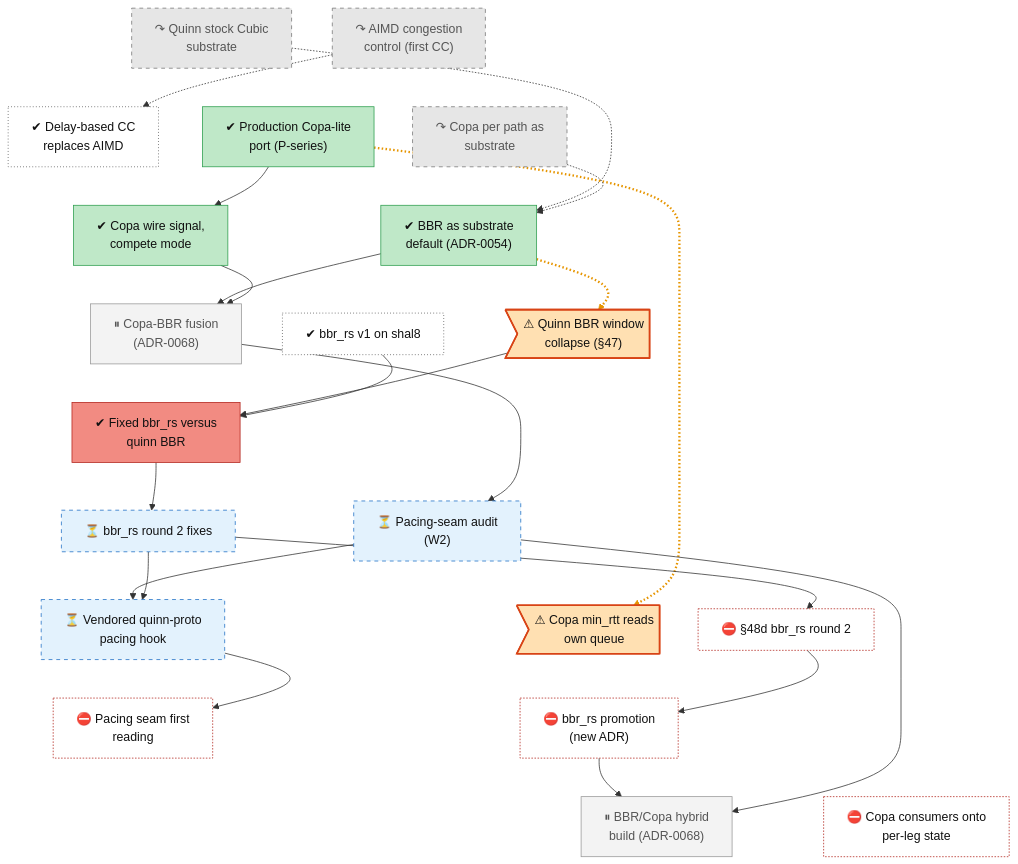
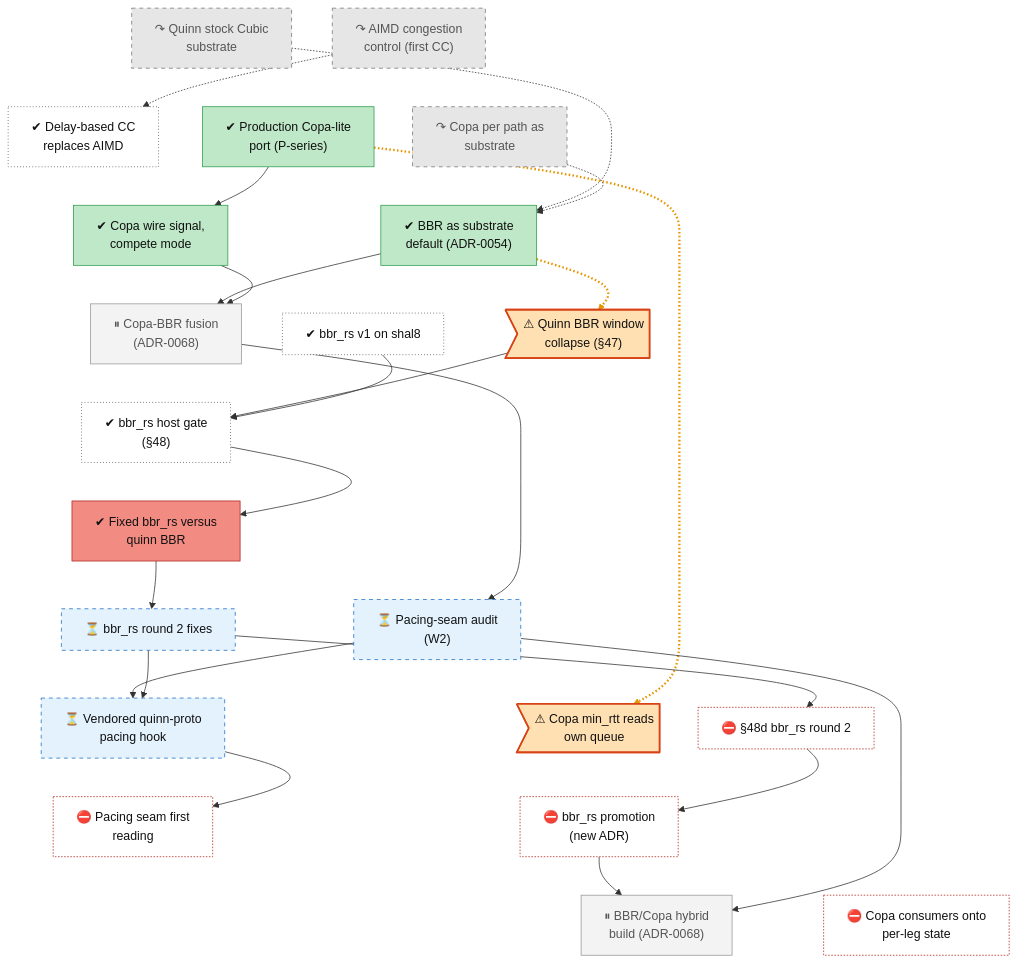
Before and after one commit to lhns/raptorpath: the diagram in docs/roadmap/tracks/cc.md, drawn with Mermaid. The commit also changed other lines of this file and 14 other files, not shown here.

First line of the commit message:
roadmap: §58-§60 up to date; family nodes split per experiment

```diff
--- a/docs/roadmap/tracks/cc.md
+++ b/docs/roadmap/tracks/cc.md
@@ -19,6 +19,7 @@
     cc_adr68_fusion["⏸ Copa-BBR fusion<br/>(ADR-0068)"]
     cc_bbrrs_v1["✔ bbr_rs v1 on shal8"]
     cc_quinn_bbr_collapse>"⚠ Quinn BBR window<br/>collapse (#167;47)"]
+    cc_s48_host_gate["✔ bbr_rs host gate<br/>(#167;48)"]
     cc_bbrrs_r1["✔ Fixed bbr_rs versus<br/>quinn BBR"]
     cc_bbrrs_r2["⏳ bbr_rs round 2 fixes"]
     cc_pacing_audit["⏳ Pacing-seam audit<br/>(W2)"]
@@ -38,9 +39,10 @@
     cc_copa_wire_signal ~~~ cc_adr68_fusion
     cc_bbr_default ~~~ cc_bbrrs_v1
     cc_bbr_default ~~~ cc_quinn_bbr_collapse
-    cc_adr68_fusion ~~~ cc_bbrrs_r1
-    cc_bbrrs_v1 ~~~ cc_bbrrs_r1
-    cc_quinn_bbr_collapse ~~~ cc_bbrrs_r1
+    cc_adr68_fusion ~~~ cc_s48_host_gate
+    cc_bbrrs_v1 ~~~ cc_s48_host_gate
+    cc_quinn_bbr_collapse ~~~ cc_s48_host_gate
+    cc_s48_host_gate ~~~ cc_bbrrs_r1
     cc_bbrrs_r1 ~~~ cc_bbrrs_r2
     cc_bbrrs_r1 ~~~ cc_pacing_audit
     cc_bbrrs_r2 ~~~ cc_pacing_seam
@@ -59,8 +61,9 @@
     cc_bbr_default -.-> cc_quinn_bbr_collapse
     cc_bbr_default --> cc_adr68_fusion
     cc_copa_wire_signal --> cc_adr68_fusion
-    cc_quinn_bbr_collapse --> cc_bbrrs_r1
-    cc_bbrrs_v1 --> cc_bbrrs_r1
+    cc_quinn_bbr_collapse --> cc_s48_host_gate
+    cc_bbrrs_v1 --> cc_s48_host_gate
+    cc_s48_host_gate --> cc_bbrrs_r1
     cc_bbrrs_r1 --> cc_bbrrs_r2
     cc_adr68_fusion --> cc_pacing_audit
     cc_pacing_audit --> cc_pacing_seam
@@ -70,7 +73,7 @@
     cc_s48d_session --> cc_bbrrs_promote
     cc_bbrrs_promote --> cc_hybrid
     cc_pacing_audit --> cc_hybrid
-    linkStyle 24,27 stroke:#e69500,stroke-width:3px,stroke-dasharray:2 3
+    linkStyle 25,28 stroke:#e69500,stroke-width:3px,stroke-dasharray:2 3
     classDef vsucc fill:#2e9e4f,stroke:#1b6b34,color:#fff
     classDef succ fill:#bfe8c8,stroke:#2e9e4f,color:#111
     classDef mixed fill:#ffd37a,stroke:#c98a00,color:#111
@@ -85,7 +88,7 @@
     classDef defect fill:#ffe0b2,stroke:#d84315,stroke-width:2px,color:#111
     classDef waiting fill:#e3f2fd,stroke:#1f6fc5,stroke-dasharray:5 5,color:#111
     class cc_cubic_substrate,cc_aimd_v1,cc_copa_sole_substrate dead
-    class cc_early_delay_cc,cc_bbrrs_v1 unrated
+    class cc_early_delay_cc,cc_bbrrs_v1,cc_s48_host_gate unrated
     class cc_copa_lite,cc_copa_wire_signal,cc_bbr_default succ
     class cc_adr68_fusion,cc_hybrid parked
     class cc_quinn_bbr_collapse,cc_defect_copa_minrtt defect
```
